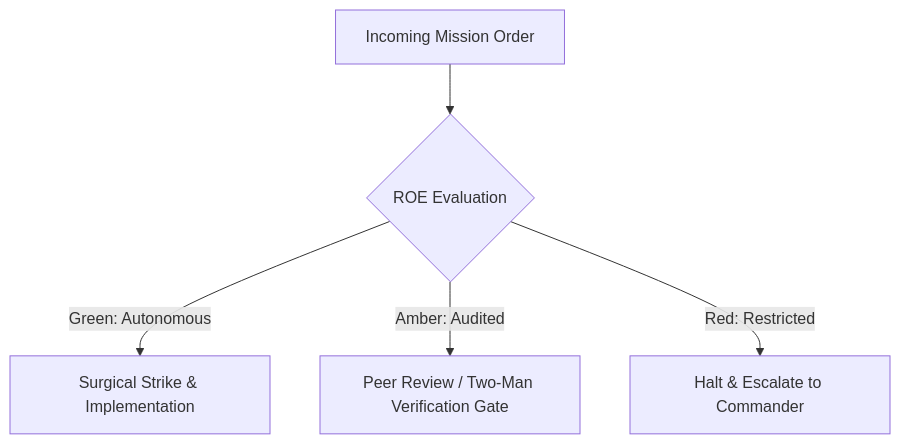
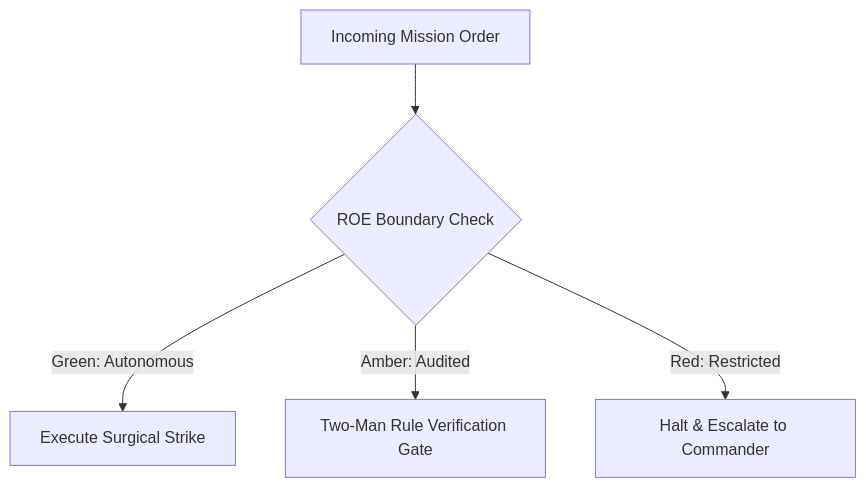
One commit to heymegabyte/agent-skills changed the diagram in agents/a11y-auditor.md. Above: the diagram before and after it, drawn with Mermaid. The commit also changed other lines of this file and 26 other files, not shown here.

````diff
--- a/agents/a11y-auditor.md
+++ b/agents/a11y-auditor.md
@@ -39,7 +51,7 @@
 ```mermaid
 flowchart TD
-    Task[Incoming Mission Order] --> Check{ROE Evaluation}
-    Check -->|Green: Autonomous| Execute[Surgical Strike & Implementation]
-    Check -->|Amber: Audited| Review[Peer Review / Two-Man Verification Gate]
-    Check -->|Red: Restricted| Halt[Halt & Escalate to Commander]
+    Order[Incoming Mission Order] --> Evaluate{ROE Boundary Check}
+    Evaluate -->|Green: Autonomous| Strike[Execute Surgical Strike]
+    Evaluate -->|Amber: Audited| TwoMan[Two-Man Rule Verification Gate]
+    Evaluate -->|Red: Restricted| Halt[Halt & Escalate to Commander]
 ```
````
